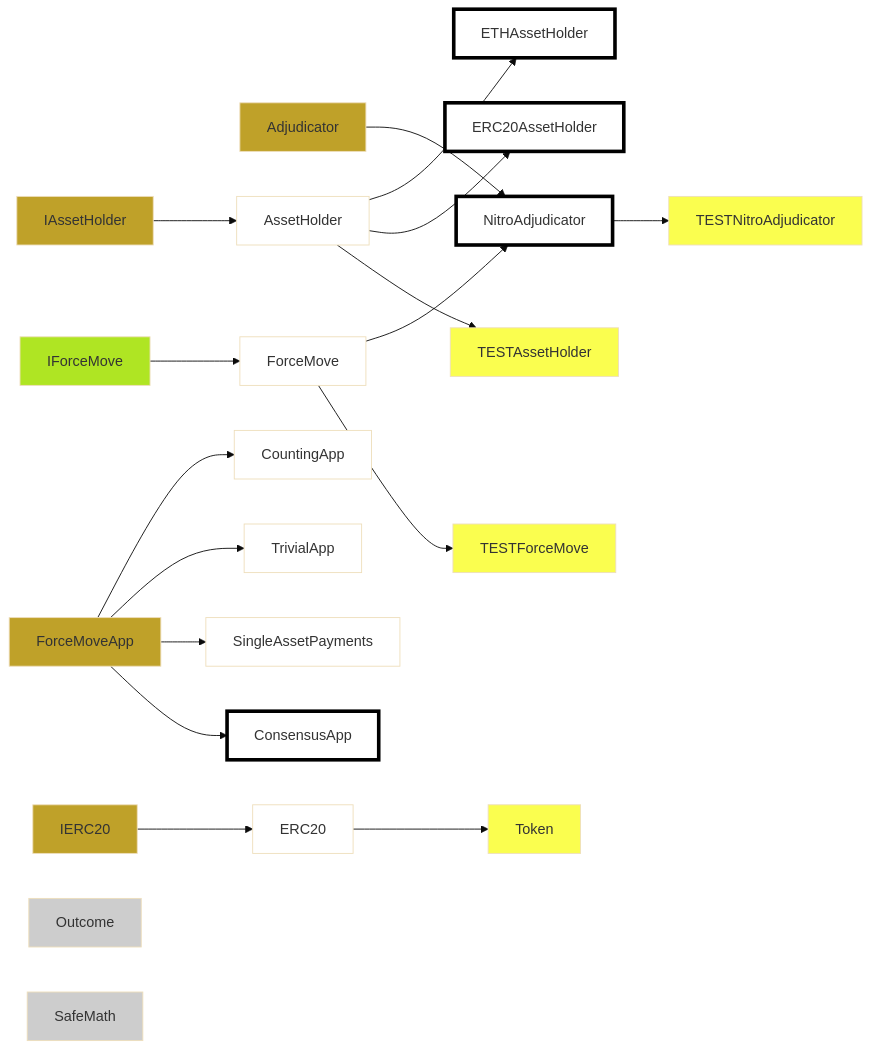
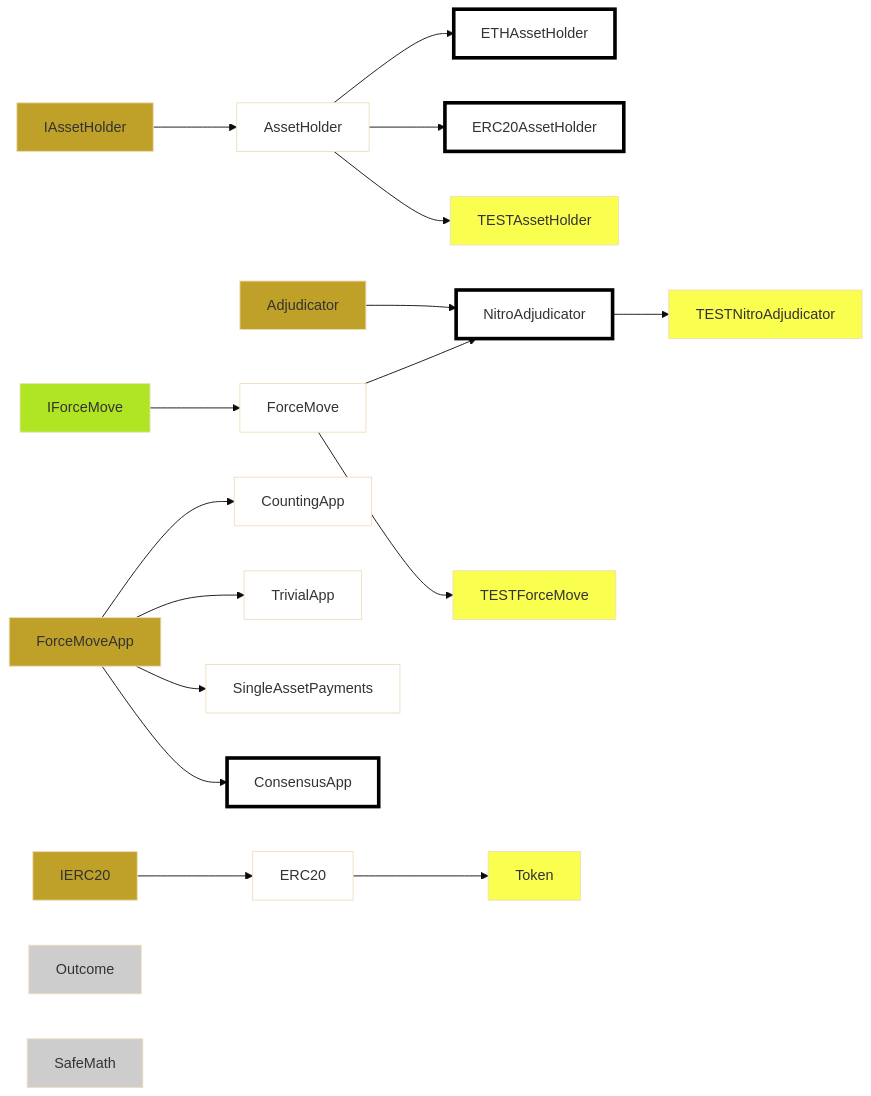
Before and after one commit to statechannels/statechannels: the first of 2 diagrams in packages/nitro-protocol/docs/api/contract-inheritance.md, drawn with Mermaid (base theme). The commit also changed other lines of this file, not shown here.

Commit message:
Disentangle contract inheritance diagram

```diff
--- a/packages/nitro-protocol/docs/api/contract-inheritance.md
+++ b/packages/nitro-protocol/docs/api/contract-inheritance.md
@@ -8,73 +8,73 @@
 <div class="mermaid" align="center">
 graph LR
 linkStyle default interpolate basis
+AssetHolder
 Adjudicator
-AssetHolder
 ConsensusApp
 CountingApp
 ERC20
 ERC20AssetHolder
 ETHAssetHolder
 ForceMove
 ForceMoveApp
 IAssetHolder
 IERC20
 IForceMove
 NitroAdjudicator
 Outcome
 SafeMath
 SingleAssetPayments
 TESTAssetHolder
 TESTForceMove
 TESTNitroAdjudicator
 Token
 TrivialApp
 IForceMove--> ForceMove
 Adjudicator--> NitroAdjudicator
 ForceMove--> NitroAdjudicator
 IAssetHolder--> AssetHolder
 AssetHolder-->ETHAssetHolder
 AssetHolder-->ERC20AssetHolder
 ForceMove-->TESTForceMove
 NitroAdjudicator--> TESTNitroAdjudicator
 AssetHolder-->TESTAssetHolder
 ForceMoveApp-->CountingApp
 ForceMoveApp-->TrivialApp
 ForceMoveApp-->SingleAssetPayments
 ForceMoveApp-->ConsensusApp
 IERC20-->ERC20
 ERC20-->Token
 classDef Contract fill:#ffffff;
 classDef DeployedContract fill:#ffffff,stroke:#000000,stroke-width:4px;
 classDef Abstract fill:#afe523;
 classDef Interface fill:#bfa129;
 classDef TestContract fill:#fafe4f;
 classDef Library fill:#bbbb;
 class Outcome,SafeMath Library;
 class IForceMove Abstract;
 class Adjudicator,IAssetHolder,ForceMoveApp,IERC20 Interface;
 class ForceMove,AssetHolder,ETHAssetHolder,ERC20AssetHolder,SingleAssetPayments,TrivialApp,CountingApp,ERC20,ConsensusApp Contract;
 class TESTForceMove,TESTNitroAdjudicator,TESTAssetHolder,Token TestContract;
 class NitroAdjudicator,ETHAssetHolder,ERC20AssetHolder,ConsensusApp DeployedContract;
 click Adjudicator "../natspec/Adjudicator";
 click AssetHolder "../natspec/AssetHolder";
 click ConsensusApp "../natspec/ConsensusApp";
 click CountingApp "../natspec/CountingApp";
 click ERC20 "../natspec/ERC20";
 click ERC20AssetHolder "../natspec/ERC20AssetHolder";
 click ETHAssetHolder "../natspec/ETHAssetHolder";
 click ForceMove "../natspec/ForceMove";
 click ForceMoveApp "../natspec/ForceMoveApp";
 click IAssetHolder "../natspec/IAssetHolder";
 click IERC20 "../natspec/IERC20";
 click IForceMove "../natspec/IForceMove";
 click NitroAdjudicator "../natspec/NitroAdjudicator";
 click Outcome "../natspec/Outcome";
 click SafeMath "../natspec/SafeMath";
 click SingleAssetPayments "../natspec/SingleAssetPayments";
 click TESTAssetHolder "../natspec/TESTAssetHolder";
 click TESTForceMove "../natspec/TESTForceMove";
 click TESTNitroAdjudicator "../natspec/TESTNitroAdjudicator";
 click Token "../natspec/Token";
 click TrivialApp "../natspec/TrivialApp";
 </div>
```
